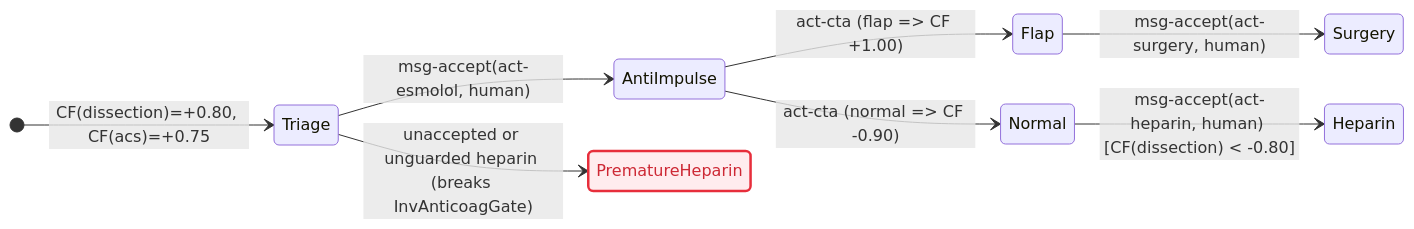
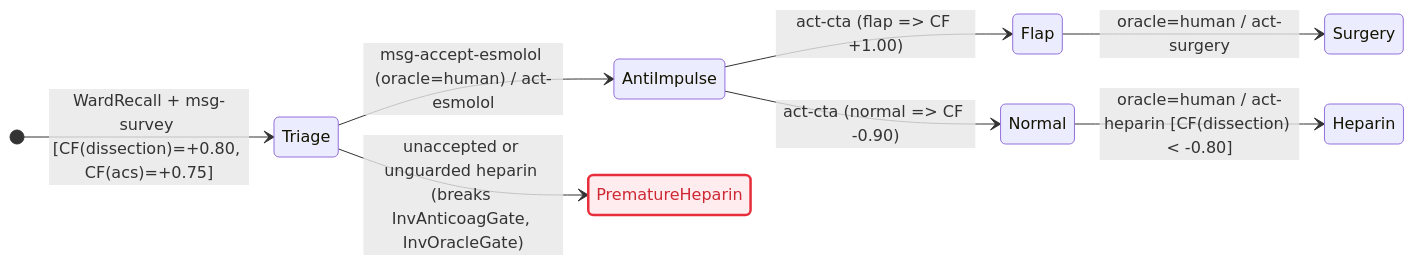
Before and after one commit to wetware-hq/chart: the first of 2 diagrams in chart.md, drawn with Mermaid. The commit also changed other lines of this file, not shown here.

First line of the commit message:
Consolidate chart.md into compact single-file wetware-hq specification.

````diff
--- a/chart.md
+++ b/chart.md
@@ -116,13 +951,13 @@
-```mermaid { type: notebook.cell }
+```mermaid
 stateDiagram-v2
   direction LR
-  [*] --> Triage: CF(dissection)=+0.80, CF(acs)=+0.75
-  Triage --> AntiImpulse: msg-accept(act-esmolol, human)
+  [*] --> Triage: WardRecall + msg-survey [CF(dissection)=+0.80, CF(acs)=+0.75]
+  Triage --> AntiImpulse: msg-accept-esmolol (oracle=human) / act-esmolol
   AntiImpulse --> Flap: act-cta (flap => CF +1.00)
   AntiImpulse --> Normal: act-cta (normal => CF -0.90)
-  Flap --> Surgery: msg-accept(act-surgery, human)
-  Normal --> Heparin: msg-accept(act-heparin, human) [CF(dissection) < -0.80]
-  Triage --> PrematureHeparin: unaccepted or unguarded heparin (breaks InvAnticoagGate)
+  Flap --> Surgery: oracle=human / act-surgery
+  Normal --> Heparin: oracle=human / act-heparin [CF(dissection) < -0.80]
+  Triage --> PrematureHeparin: unaccepted or unguarded heparin (breaks InvAnticoagGate, InvOracleGate)
   classDef breaks fill:#ffecee,stroke:#e72e3b,stroke-width:2.5px,color:#cd2834
   class PrematureHeparin breaks
 ```
````
